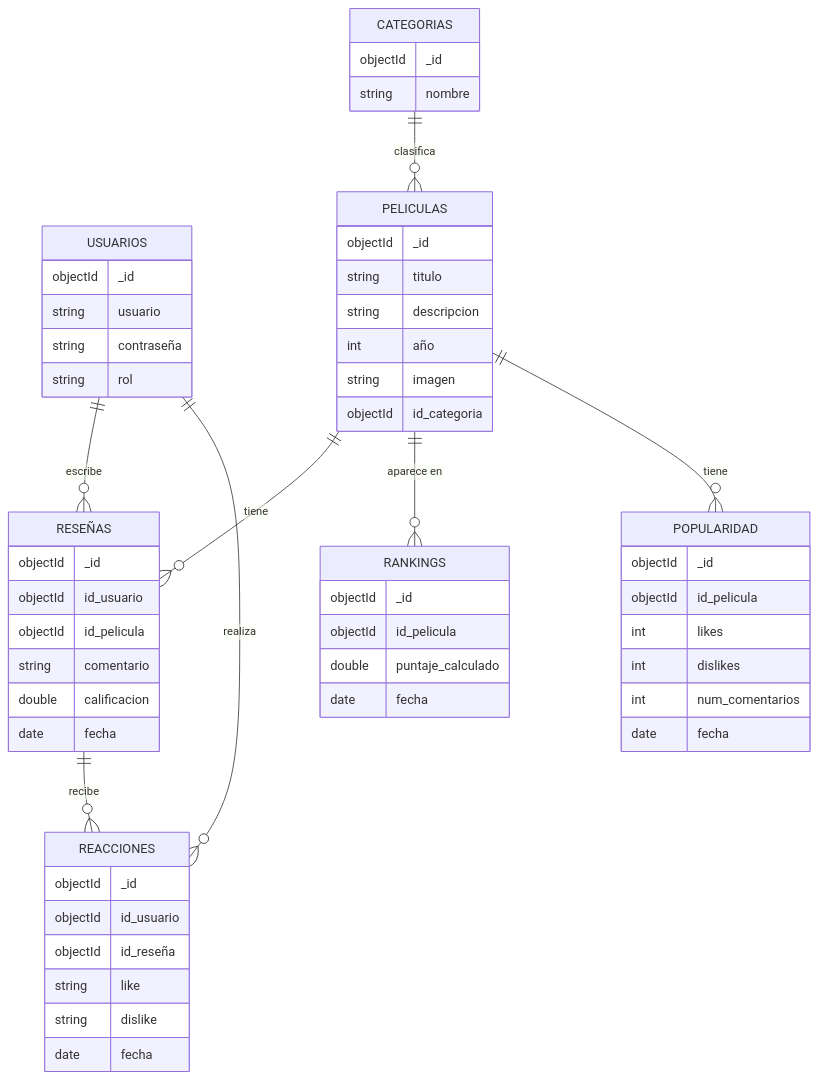
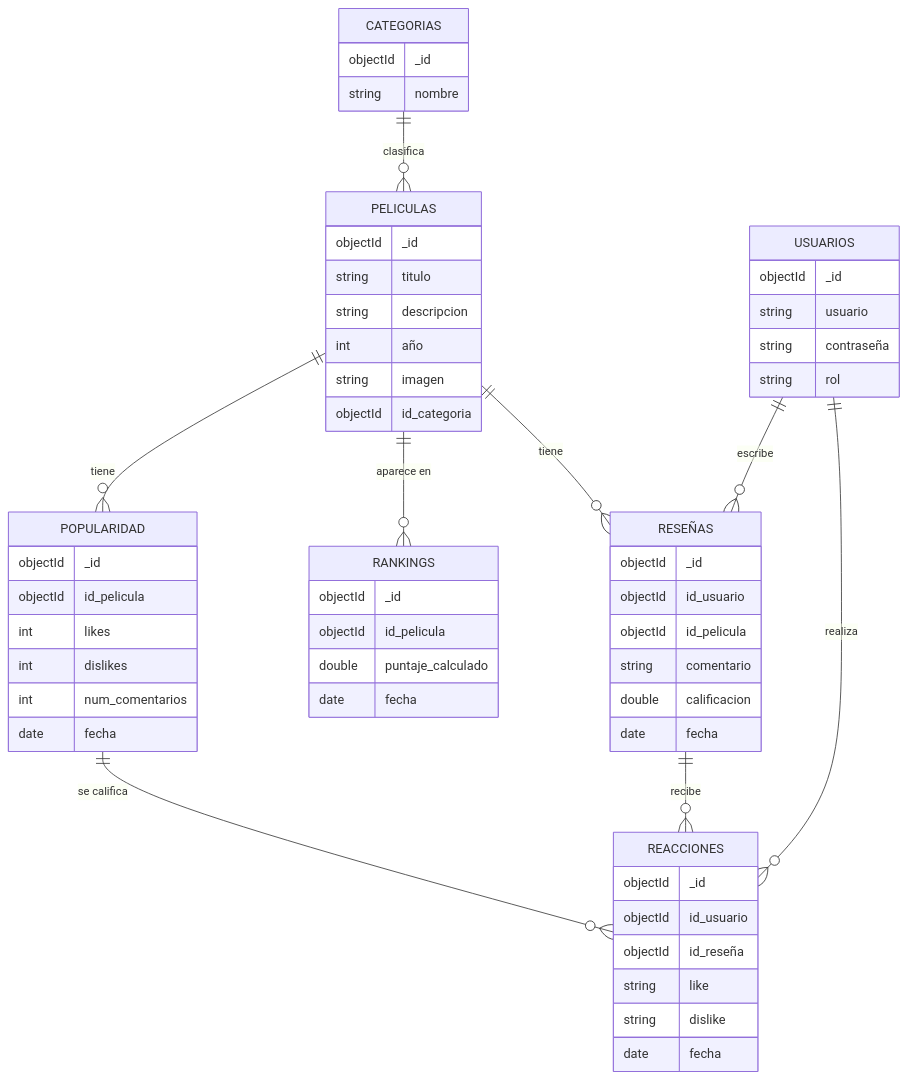
Before and after one commit to Sarasofia1214/Proyecto_Express_BackEnd_DiazSara_SaavedraMaria: the fifth of 5 diagrams in mongoDB.md, drawn with Mermaid. The commit also changed 10 other files, not shown here.

````diff
--- a/mongoDB.md
+++ b/mongoDB.md
@@ -533,66 +533,68 @@
 ```mermaid
 erDiagram
     USUARIOS {
         objectId _id
         string usuario
         string contraseña
         string rol
     }
 
     CATEGORIAS {
         objectId _id
         string nombre
     }
 
     PELICULAS {
         objectId _id
         string titulo
         string descripcion
         int año
         string imagen
         objectId id_categoria
     }
 
     RESEÑAS {
         objectId _id
         objectId id_usuario
         objectId id_pelicula
         string comentario
         double calificacion
         date fecha
     }
 
     REACCIONES {
         objectId _id
         objectId id_usuario
         objectId id_reseña
         string like
         string dislike
         date fecha
     }
 
     RANKINGS {
         objectId _id
         objectId id_pelicula
         double puntaje_calculado
         date fecha
     }
 
     POPULARIDAD {
         objectId _id
         objectId id_pelicula
         int likes
         int dislikes
         int num_comentarios
         date fecha
     }
 
     %% Relaciones
     USUARIOS ||--o{ RESEÑAS : "escribe"
     PELICULAS ||--o{ RESEÑAS : "tiene"
     CATEGORIAS ||--o{ PELICULAS : "clasifica"
     USUARIOS ||--o{ REACCIONES : "realiza"
     RESEÑAS ||--o{ REACCIONES : "recibe"
     PELICULAS ||--o{ RANKINGS : "aparece en"
     PELICULAS ||--o{ POPULARIDAD : "tiene"
+    POPULARIDAD ||--o{ REACCIONES : "se califica"
+
 ```
````
